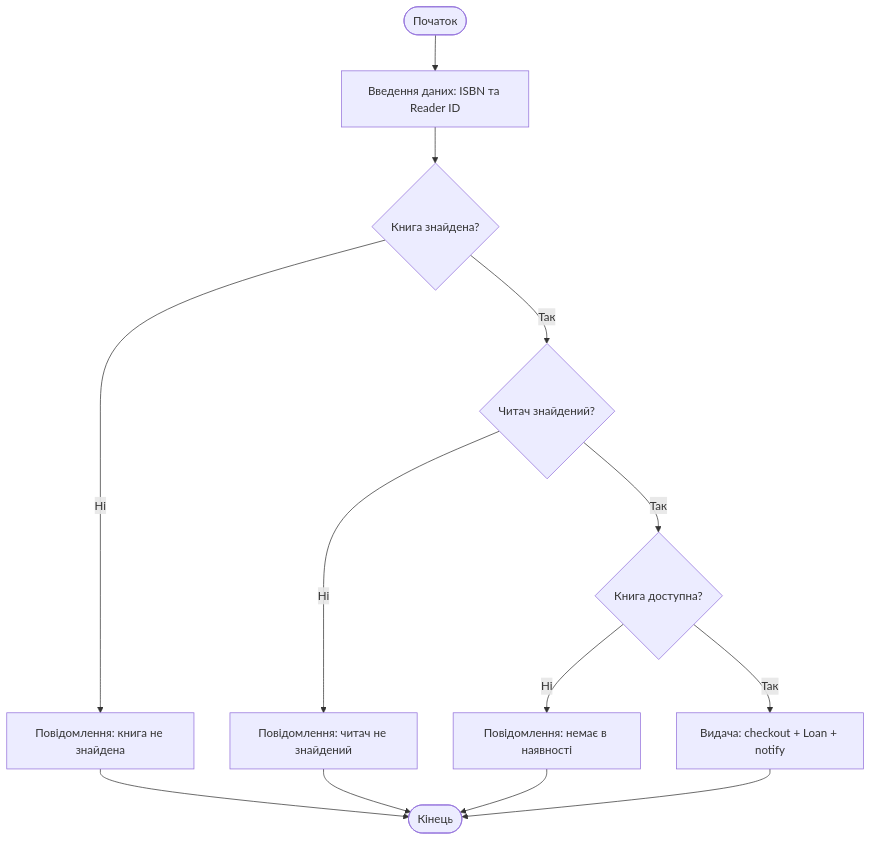
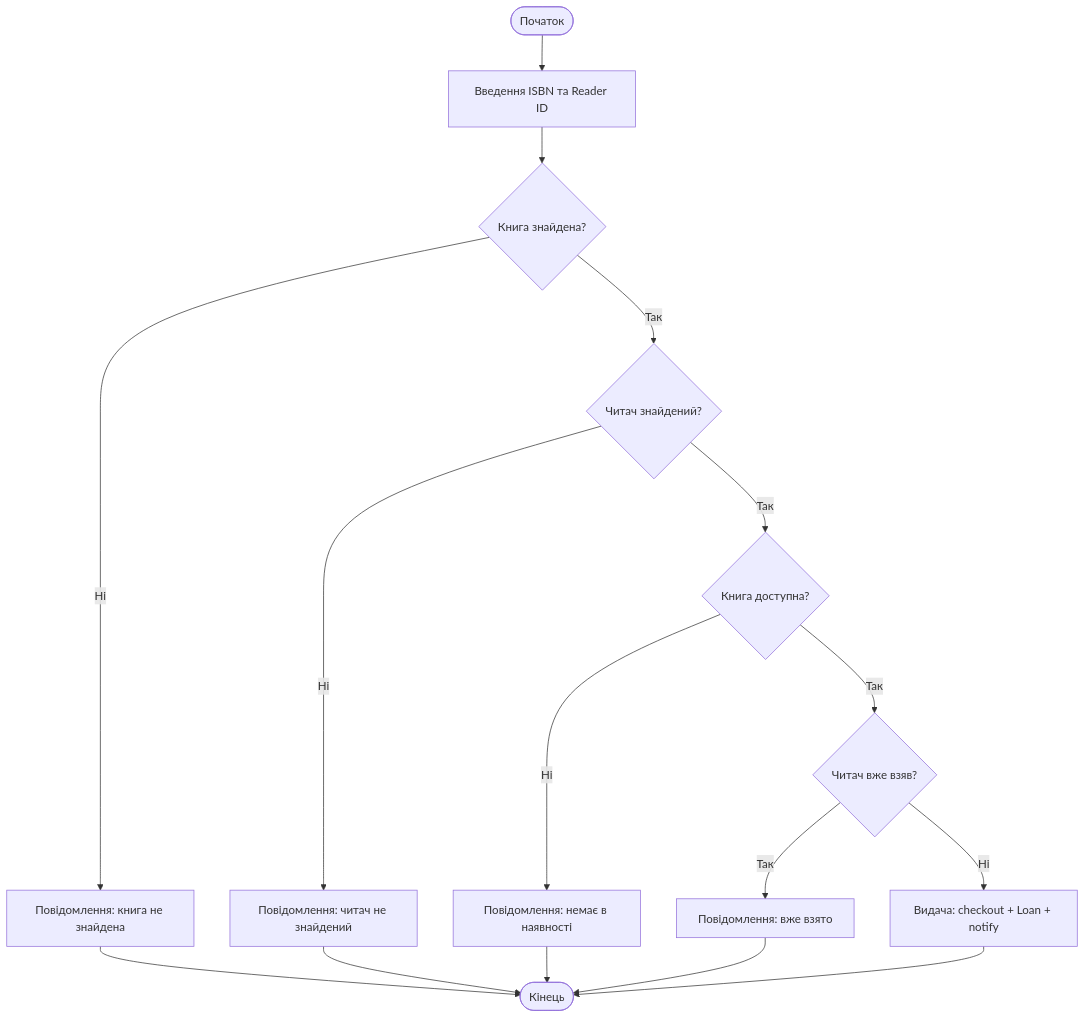
One commit to gachibasers/lab1 changed the fourth of 9 diagrams in README.md. Above: the diagram before and after it, drawn with Mermaid. The commit also changed other lines of this file, not shown here.

Commit message:
docs: add all UML diagram types (state, component, deployment, package, object) to README

````diff
--- a/README.md
+++ b/README.md
@@ -133,15 +145,18 @@
 ```mermaid
 graph TD
-    Start([Початок]) --> Input[Введення даних: ISBN та Reader ID]
+    Start([Початок]) --> Input[Введення ISBN та Reader ID]
     Input --> FindBook{Книга знайдена?}
-    FindBook -->|Ні| ErrorBook[Повідомлення: книга не знайдена]
+    FindBook -->|Ні| Err1[Повідомлення: книга не знайдена]
     FindBook -->|Так| FindReader{Читач знайдений?}
-    FindReader -->|Ні| ErrorReader[Повідомлення: читач не знайдений]
+    FindReader -->|Ні| Err2[Повідомлення: читач не знайдений]
     FindReader -->|Так| CheckAvail{Книга доступна?}
-    CheckAvail -->|Ні| ErrorAvail[Повідомлення: немає в наявності]
-    CheckAvail -->|Так| Issue[Видача: checkout + Loan + notify]
+    CheckAvail -->|Ні| Err3[Повідомлення: немає в наявності]
+    CheckAvail -->|Так| CheckBorrow{Читач вже взяв?}
+    CheckBorrow -->|Так| Err4[Повідомлення: вже взято]
+    CheckBorrow -->|Ні| Issue[Видача: checkout + Loan + notify]
     Issue --> End([Кінець])
-    ErrorBook --> End
-    ErrorReader --> End
-    ErrorAvail --> End
+    Err1 --> End
+    Err2 --> End
+    Err3 --> End
+    Err4 --> End
 ```
````
